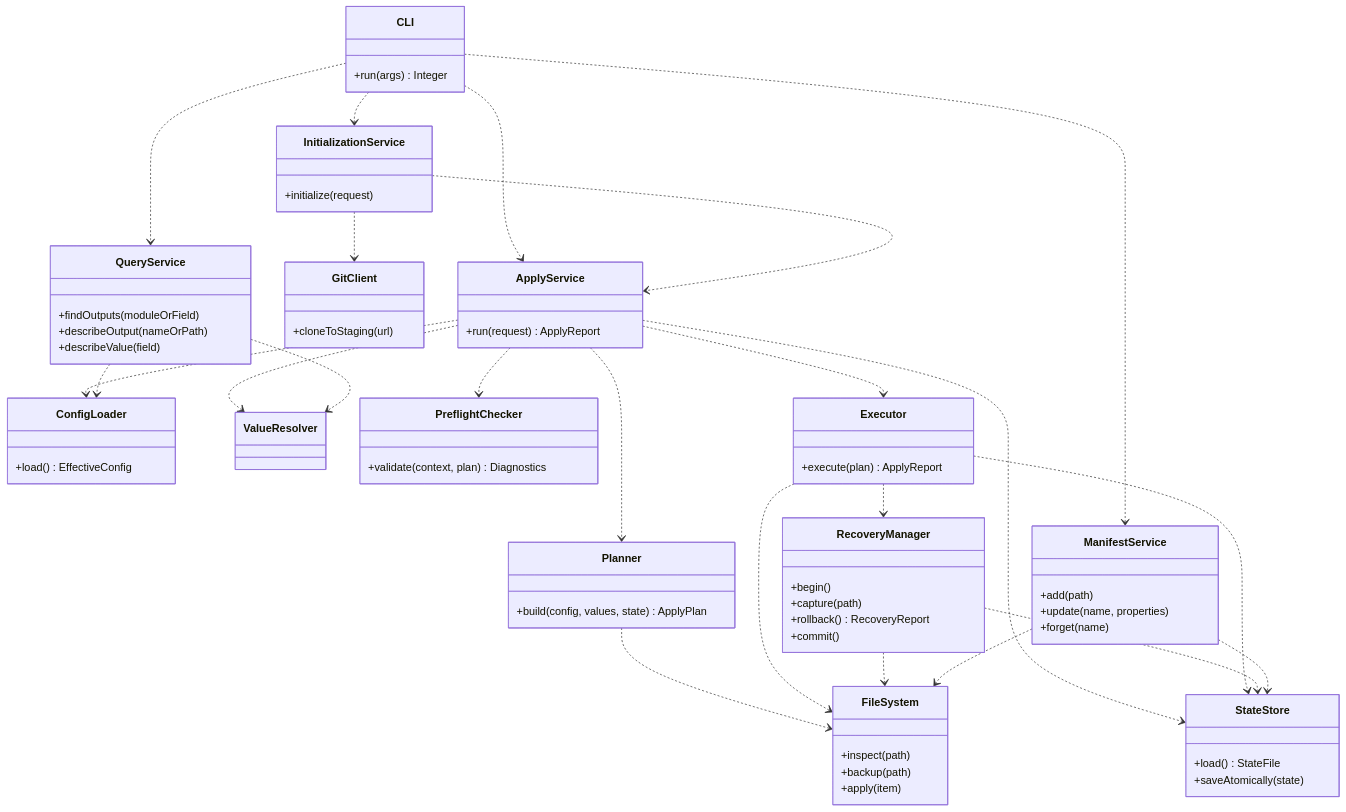
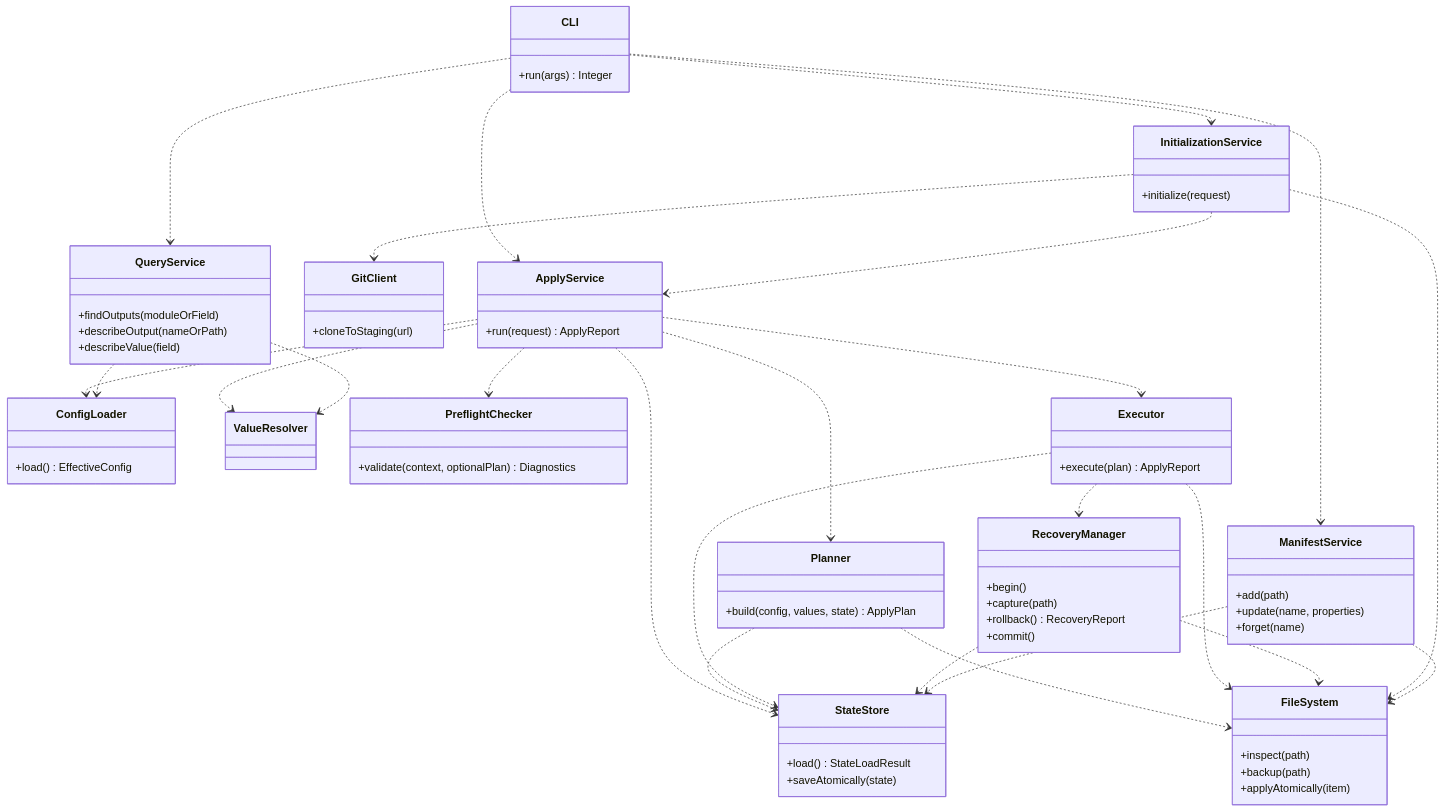
The fourth of 10 diagrams in docs/03-preliminary-design/uml.md (accidental-two-timer-sam-woof/rosamta-waterfall), drawn with Mermaid before and after one commit. The commit also changed other lines of this file, not shown here.

Commit message:
docs: fix UML consistency with SRS

````diff
--- a/docs/03-preliminary-design/uml.md
+++ b/docs/03-preliminary-design/uml.md
@@ -148,76 +138,78 @@
 ```mermaid
 classDiagram
     direction TB
     class CLI {
         +run(args) Integer
     }
     class ApplyService {
         +run(request) ApplyReport
     }
     class ConfigLoader {
         +load() EffectiveConfig
     }
     class ValueResolver
     class Planner {
         +build(config, values, state) ApplyPlan
     }
     class PreflightChecker {
-        +validate(context, plan) Diagnostics
+        +validate(context, optionalPlan) Diagnostics
     }
     class Executor {
         +execute(plan) ApplyReport
     }
     class RecoveryManager {
         +begin()
         +capture(path)
         +rollback() RecoveryReport
         +commit()
     }
     class StateStore {
-        +load() StateFile
+        +load() StateLoadResult
         +saveAtomically(state)
     }
     class FileSystem {
         +inspect(path)
         +backup(path)
-        +apply(item)
+        +applyAtomically(item)
     }
     class InitializationService {
         +initialize(request)
     }
     class GitClient {
         +cloneToStaging(url)
     }
     class ManifestService {
         +add(path)
         +update(name, properties)
         +forget(name)
     }
     class QueryService {
         +findOutputs(moduleOrField)
         +describeOutput(nameOrPath)
         +describeValue(field)
     }
     CLI ..> ApplyService
     CLI ..> InitializationService
     CLI ..> ManifestService
     CLI ..> QueryService
     ApplyService ..> ConfigLoader
     ApplyService ..> ValueResolver
     ApplyService ..> Planner
     ApplyService ..> PreflightChecker
     ApplyService ..> Executor
     ApplyService ..> StateStore
     Planner ..> FileSystem
+    Planner ..> StateStore
     Executor ..> FileSystem
     Executor ..> RecoveryManager
     Executor ..> StateStore
     RecoveryManager ..> FileSystem
     RecoveryManager ..> StateStore
     InitializationService ..> GitClient
     InitializationService ..> ApplyService
+    InitializationService ..> FileSystem
     ManifestService ..> StateStore
     ManifestService ..> FileSystem
     QueryService ..> ConfigLoader
     QueryService ..> ValueResolver
 ```
````
